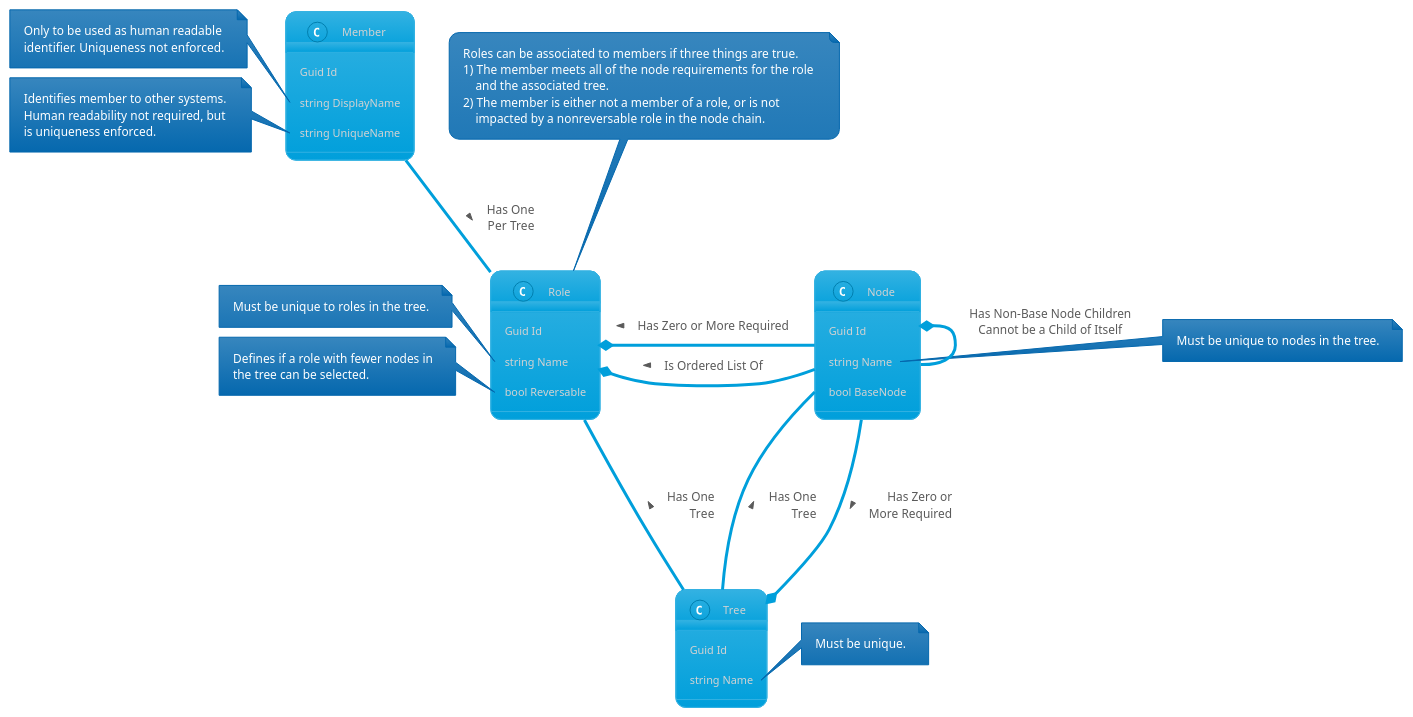
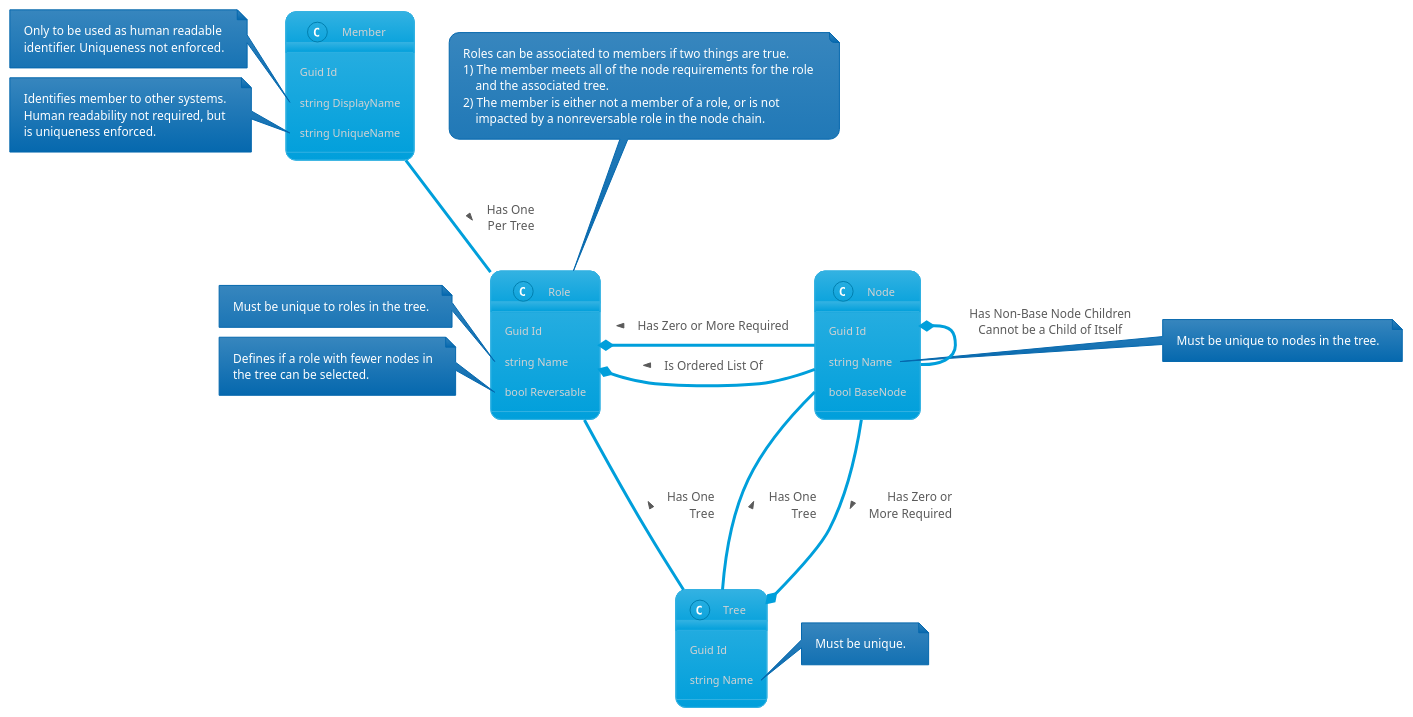
One commit to rtranchilla/RoleManagement changed the diagram in docs/RoleDomainModelMap.pu. Above: the diagram before and after it, drawn with PlantUML. The commit also changed 23 other files, not shown here.

```diff
--- a/docs/RoleDomainModelMap.pu
+++ b/docs/RoleDomainModelMap.pu
@@ -1,65 +1,65 @@
 @startuml Role Domain Model Map
 !theme bluegray
 class Member {
   Guid Id
   string DisplayName
   string UniqueName
 }
 
 note left of Member::DisplayName
   Only to be used as human readable
   identifier. Uniqueness not enforced.
 end note
 note left of Member::UniqueName
   Identifies member to other systems.
   Human readability not required, but 
   is uniqueness enforced. 
 end note
 
 class Node {
   Guid Id
   string Name
   bool BaseNode
 }
 note right of Node::Name
   Must be unique to nodes in the tree.
 end note
 
 class Role {
   Guid Id
   string Name
   bool Reversable
 }
 
 note top of Role
-  Roles can be associated to members if three things are true.
+  Roles can be associated to members if two things are true.
   1) The member meets all of the node requirements for the role 
       and the associated tree.
   2) The member is either not a member of a role, or is not 
       impacted by a nonreversable role in the node chain. 
 end note
 note left of Role::Name
   Must be unique to roles in the tree.
 end note
 note left of Role::Reversable
   Defines if a role with fewer nodes in
   the tree can be selected.
 end note
 
 class Tree {
   Guid Id
   string Name
 }
 note right of Tree::Name
   Must be unique.
 end note
 
 Node *- Node : Has Non-Base Node Children\nCannot be a Child of Itself\n\n\n
 Role *- Node : Is Ordered List Of <
 Role --- Tree : Has One\rTree <
 Node --- Tree : Has One\rTree <
 Member == Role : Has One\rPer Tree >
 Tree *-- Node : Has Zero or\rMore Required <
 Role *-- Node : Has Zero or More Required <
 
 @enduml
```
